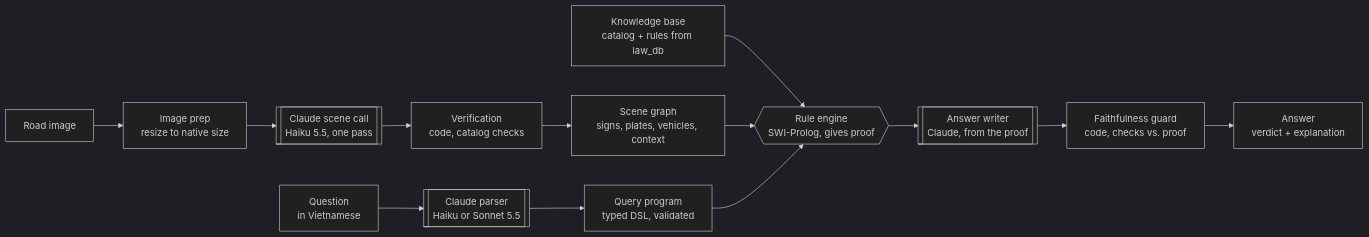
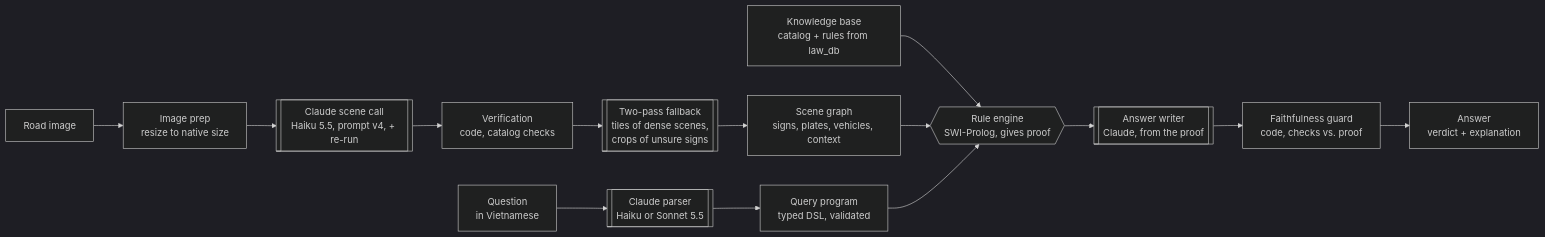
Before and after one commit to lephuocloc1729/ns-vqa: the diagram in DESIGN.md, drawn with Mermaid (dark theme). The commit also changed other lines of this file, not shown here.

````diff
--- a/DESIGN.md
+++ b/DESIGN.md
@@ -24,15 +24,16 @@
 ```mermaid
 flowchart LR
     IMG[Road image] --> PREP[Image prep<br/>resize to native size]
-    PREP --> SCENE[[Claude scene call<br/>Haiku 5.5, one pass]]
+    PREP --> SCENE[[Claude scene call<br/>Haiku 5.5, prompt v4, + re-run]]
     SCENE --> VER[Verification<br/>code, catalog checks]
-    VER --> SG[Scene graph<br/>signs, plates, vehicles, context]
+    VER --> FB[[Two-pass fallback<br/>tiles of dense scenes,<br/>crops of unsure signs]]
+    FB --> SG[Scene graph<br/>signs, plates, vehicles, context]
     Q[Question<br/>in Vietnamese] --> PARSE[[Claude parser<br/>Haiku or Sonnet 5.5]]
     PARSE --> PROG[Query program<br/>typed DSL, validated]
     KB[Knowledge base<br/>catalog + rules from law_db] --> ENG{{Rule engine<br/>SWI-Prolog, gives proof}}
     SG --> ENG
     PROG --> ENG
     ENG --> WRITE[[Answer writer<br/>Claude, from the proof]]
     WRITE --> GUARD[Faithfulness guard<br/>code, checks vs. proof]
     GUARD --> ANS[Answer<br/>verdict + explanation]
 ```
````
